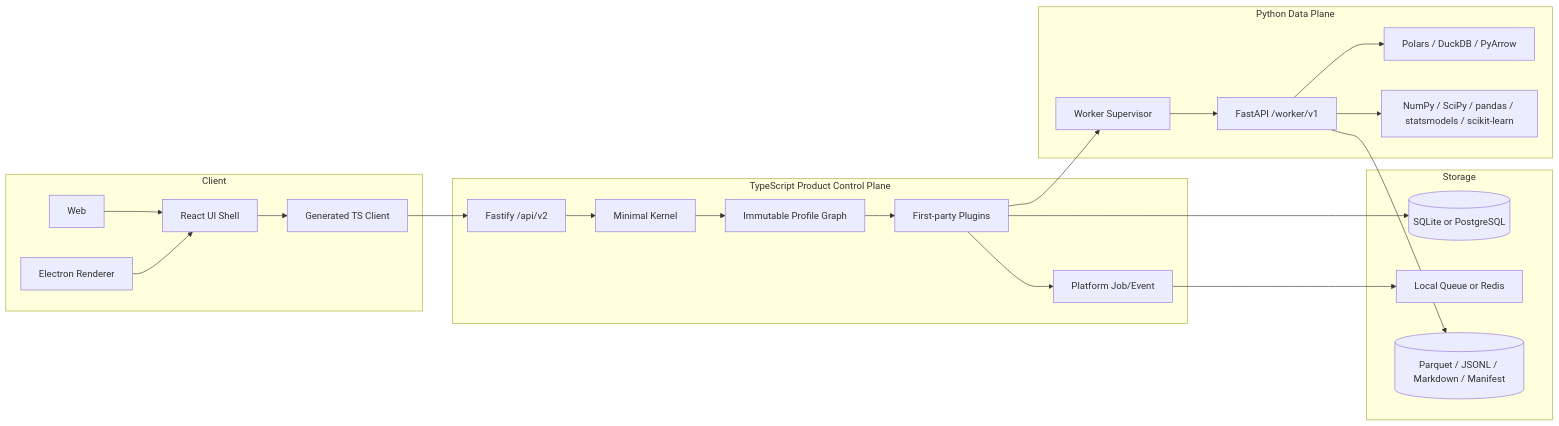
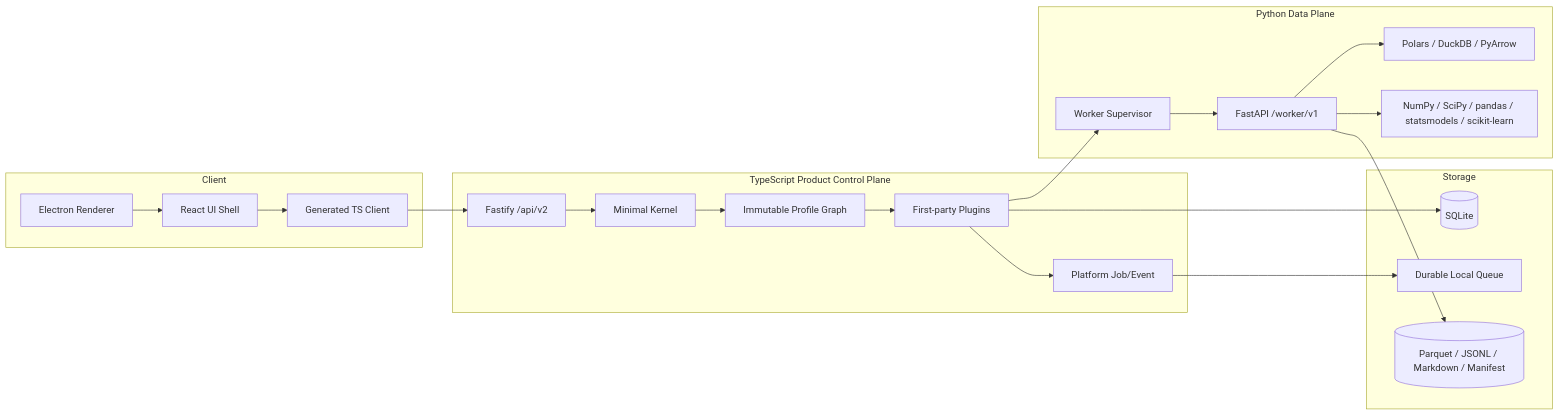
The diagram in docs/architecture.md (yogasamadhi/zhiyu), drawn with Mermaid before and after one commit. The commit also changed other lines of this file and 995 other files, not shown here.

````diff
--- a/docs/architecture.md
+++ b/docs/architecture.md
@@ -7,43 +7,41 @@
 ```mermaid
 flowchart LR
   subgraph Client
-    Web[Web]
     Renderer[Electron Renderer]
     UI[React UI Shell]
     SDK[Generated TS Client]
-    Web --> UI
     Renderer --> UI
     UI --> SDK
   end
 
   subgraph Control[TypeScript Product Control Plane]
     Gateway[Fastify /api/v2]
     Kernel[Minimal Kernel]
     Graph[Immutable Profile Graph]
     Plugins[First-party Plugins]
     Jobs[Platform Job/Event]
     Gateway --> Kernel --> Graph --> Plugins
     Plugins --> Jobs
   end
 
   subgraph Data[Python Data Plane]
     Supervisor[Worker Supervisor]
     Worker[FastAPI /worker/v1]
     Engine[Polars / DuckDB / PyArrow]
     Science[NumPy / SciPy / pandas / statsmodels / scikit-learn]
     Supervisor --> Worker --> Engine
     Worker --> Science
   end
 
   subgraph Storage
-    SQL[(SQLite or PostgreSQL)]
-    Queue[Local Queue or Redis]
+    SQL[(SQLite)]
+    Queue[Durable Local Queue]
     Artifacts[(Parquet / JSONL / Markdown / Manifest)]
   end
 
   SDK --> Gateway
   Plugins --> SQL
   Jobs --> Queue
   Plugins --> Supervisor
   Worker --> Artifacts
 ```
````
